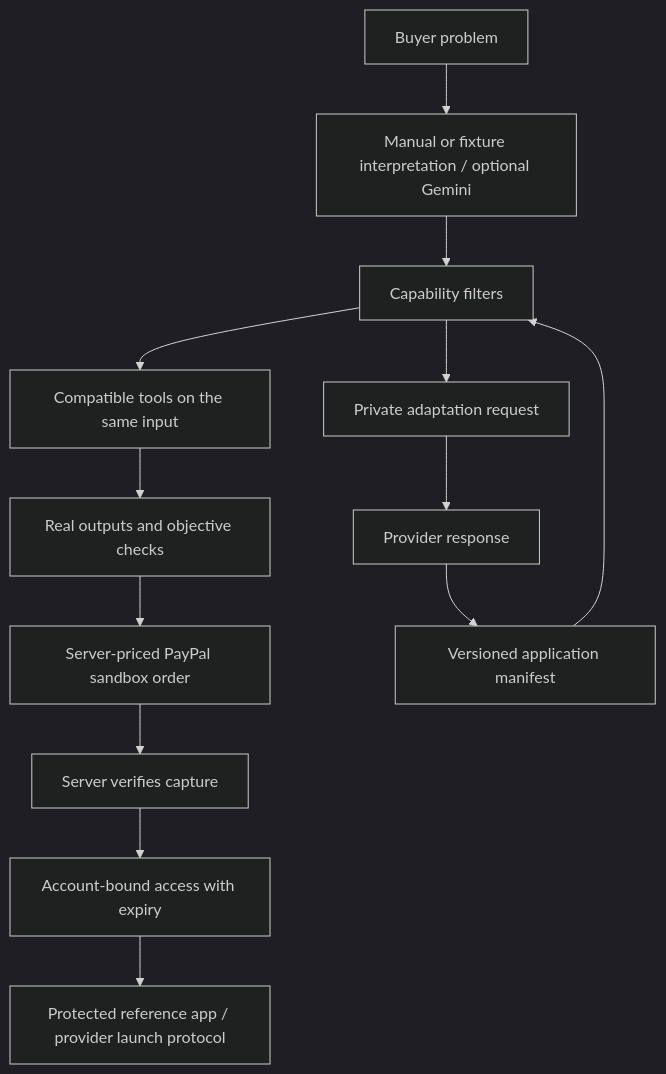
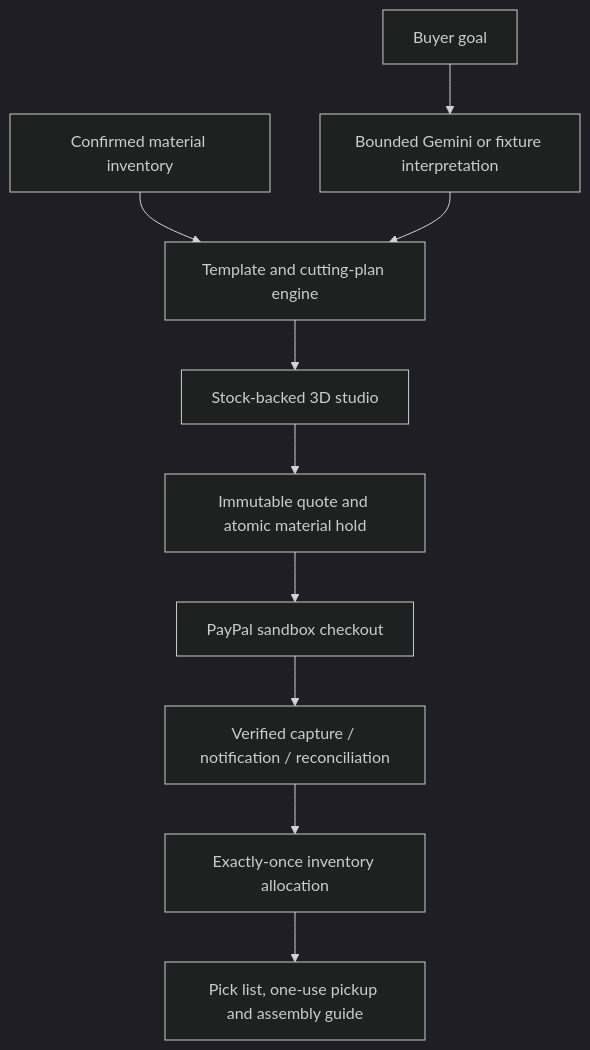
One commit to miko-keng/scrapdrop changed the diagram in README.md. Above: the diagram before and after it, drawn with Mermaid (dark theme). The commit also changed other lines of this file and 28 other files, not shown here.

Commit message:
Build ScrapDrop stock-backed craft kits with 3D and PayPal checkout

````diff
--- a/README.md
+++ b/README.md
@@ -56,15 +81,12 @@
 ```mermaid
 flowchart TD
-  Problem[Buyer problem] --> Interpret[Manual or fixture interpretation / optional Gemini]
-  Interpret --> Match[Capability filters]
-  Match --> Compare[Compatible tools on the same input]
-  Compare --> Output[Real outputs and objective checks]
-  Output --> Order[Server-priced PayPal sandbox order]
-  Order --> Capture[Server verifies capture]
-  Capture --> Account[Account-bound access with expiry]
-  Account --> App[Protected reference app / provider launch protocol]
-  Match --> Adapt[Private adaptation request]
-  Adapt --> Builder[Provider response]
-  Builder --> Manifest[Versioned application manifest]
-  Manifest --> Match
+    Stock[Confirmed material inventory] --> Fit[Template and cutting-plan engine]
+    Brief[Buyer goal] --> AI[Bounded Gemini or fixture interpretation]
+    AI --> Fit
+    Fit --> Studio[Stock-backed 3D studio]
+    Studio --> Quote[Immutable quote and atomic material hold]
+    Quote --> PayPal[PayPal sandbox checkout]
+    PayPal --> Verified[Verified capture / notification / reconciliation]
+    Verified --> Allocation[Exactly-once inventory allocation]
+    Allocation --> Pickup[Pick list, one-use pickup and assembly guide]
 ```
````
